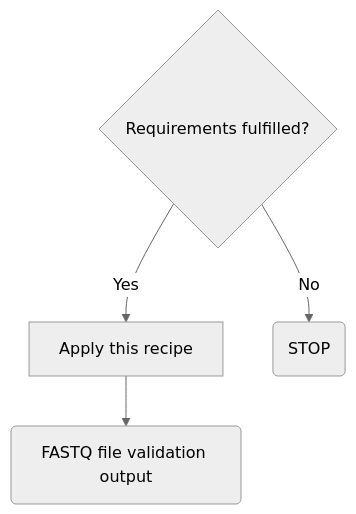
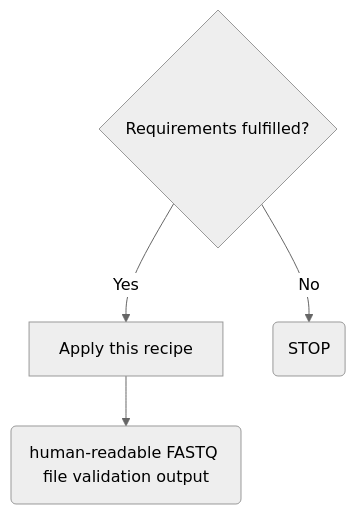
The diagram in docs/content/recipes/interoperability/how-to-validate-a-fastq-file.md (tabbassidaloii/the-fair-cookbook), drawn with Mermaid (neutral theme) before and after one commit. The commit also changed other lines of this file, not shown here.

```diff
--- a/docs/content/recipes/interoperability/how-to-validate-a-fastq-file.md
+++ b/docs/content/recipes/interoperability/how-to-validate-a-fastq-file.md
@@ -26,6 +28,6 @@
 <div class="mermaid">
 graph TD
 A{Requirements fulfilled?} -->|Yes| B[Apply this recipe]
 A -->|No| D(STOP)
-B --> C(FASTQ file validation output)
+B --> C(human-readable FASTQ file validation output)
 </div>
```
